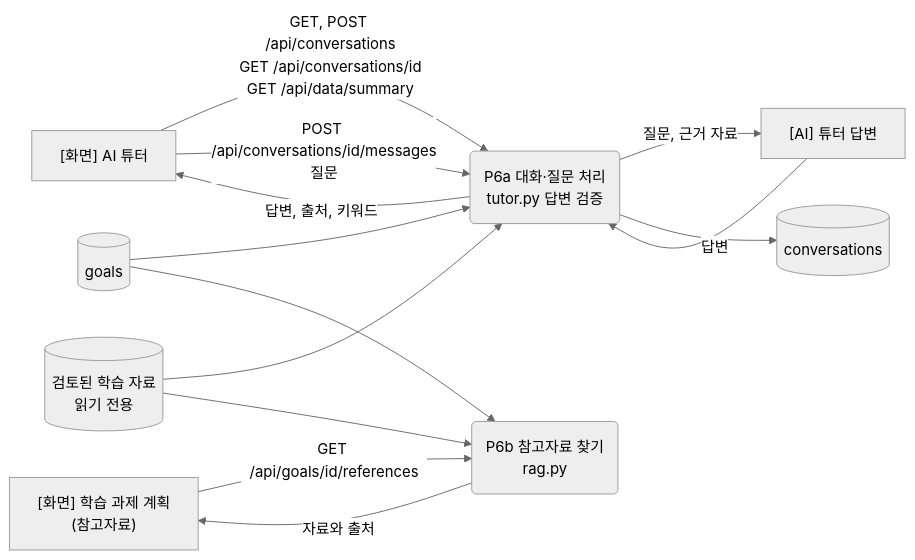
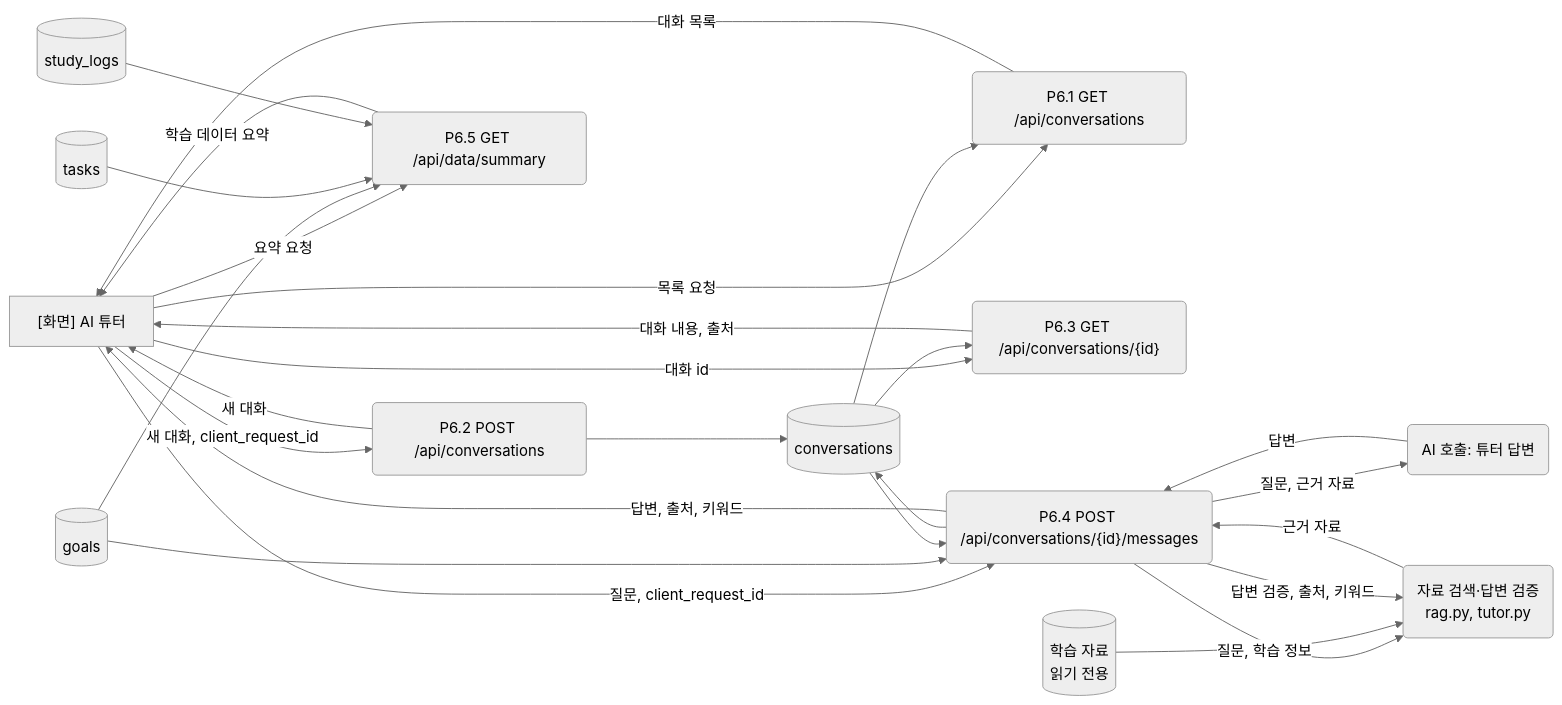
One commit to yong05610/ai-n-fprj changed the ninth of 12 diagrams in docs/architecture_dfd.md. Above: the diagram before and after it, drawn with Mermaid (neutral theme). The commit also changed other lines of this file, not shown here.

Commit message:
docs: DFD level 1 redrawn per API function (process per API), terminals are screens only, no terminal-terminal or terminal-store flows

````diff
--- a/docs/architecture_dfd.md
+++ b/docs/architecture_dfd.md
@@ -316,24 +357,42 @@
 ```mermaid
 flowchart LR
-    S1["[화면] AI 튜터"]
-    S2["[화면] 학습 과제 계획<br/>(참고자료)"]
-    A5["[AI] 튜터 답변"]
-    P6a("P6a 대화·질문 처리<br/>tutor.py 답변 검증")
-    P6b("P6b 참고자료 찾기<br/>rag.py")
-    D5[("conversations")]
-    D2[("goals")]
-    D8[("검토된 학습 자료<br/>읽기 전용")]
+    S["[화면] AI 튜터"]
+    P61("P6.1 GET /api/conversations")
+    P62("P6.2 POST /api/conversations")
+    P63("P6.3 GET /api/conversations/{id}")
+    P64("P6.4 POST /api/conversations/{id}/messages")
+    P65("P6.5 GET /api/data/summary")
+    AI("AI 호출: 튜터 답변")
+    RG("자료 검색·답변 검증<br/>rag.py, tutor.py")
+    DC[("conversations")]
+    DG[("goals")]
+    DT[("tasks")]
+    DL[("study_logs")]
+    DD[("학습 자료<br/>읽기 전용")]
 
-    S1 -->|"GET, POST /api/conversations<br/>GET /api/conversations/id<br/>GET /api/data/summary"| P6a
-    S1 -->|"POST /api/conversations/id/messages<br/>질문"| P6a
-    P6a -->|"질문, 근거 자료"| A5
-    A5 -->|"답변"| P6a
-    P6a -->|"답변, 출처, 키워드"| S1
-    P6a --> D5
-    D2 --> P6a
-    D8 --> P6a
-    S2 -->|"GET /api/goals/id/references"| P6b
-    D2 --> P6b
-    D8 --> P6b
-    P6b -->|"자료와 출처"| S2
+    S -->|"목록 요청"| P61
+    DC --> P61
+    P61 -->|"대화 목록"| S
+    S -->|"새 대화, client_request_id"| P62
+    P62 --> DC
+    P62 -->|"새 대화"| S
+    S -->|"대화 id"| P63
+    DC --> P63
+    P63 -->|"대화 내용, 출처"| S
+    S -->|"질문, client_request_id"| P64
+    DG --> P64
+    DC --> P64
+    P64 -->|"질문, 학습 정보"| RG
+    DD --> RG
+    RG -->|"근거 자료"| P64
+    P64 -->|"질문, 근거 자료"| AI
+    AI -->|"답변"| P64
+    P64 -->|"답변 검증, 출처, 키워드"| RG
+    P64 --> DC
+    P64 -->|"답변, 출처, 키워드"| S
+    S -->|"요약 요청"| P65
+    DG --> P65
+    DT --> P65
+    DL --> P65
+    P65 -->|"학습 데이터 요약"| S
 ```
````
